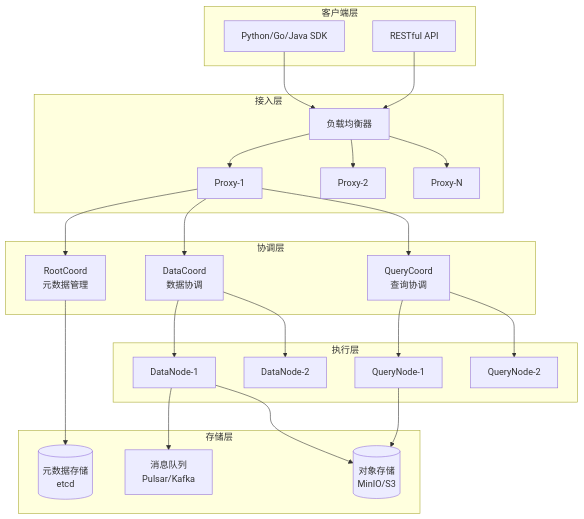
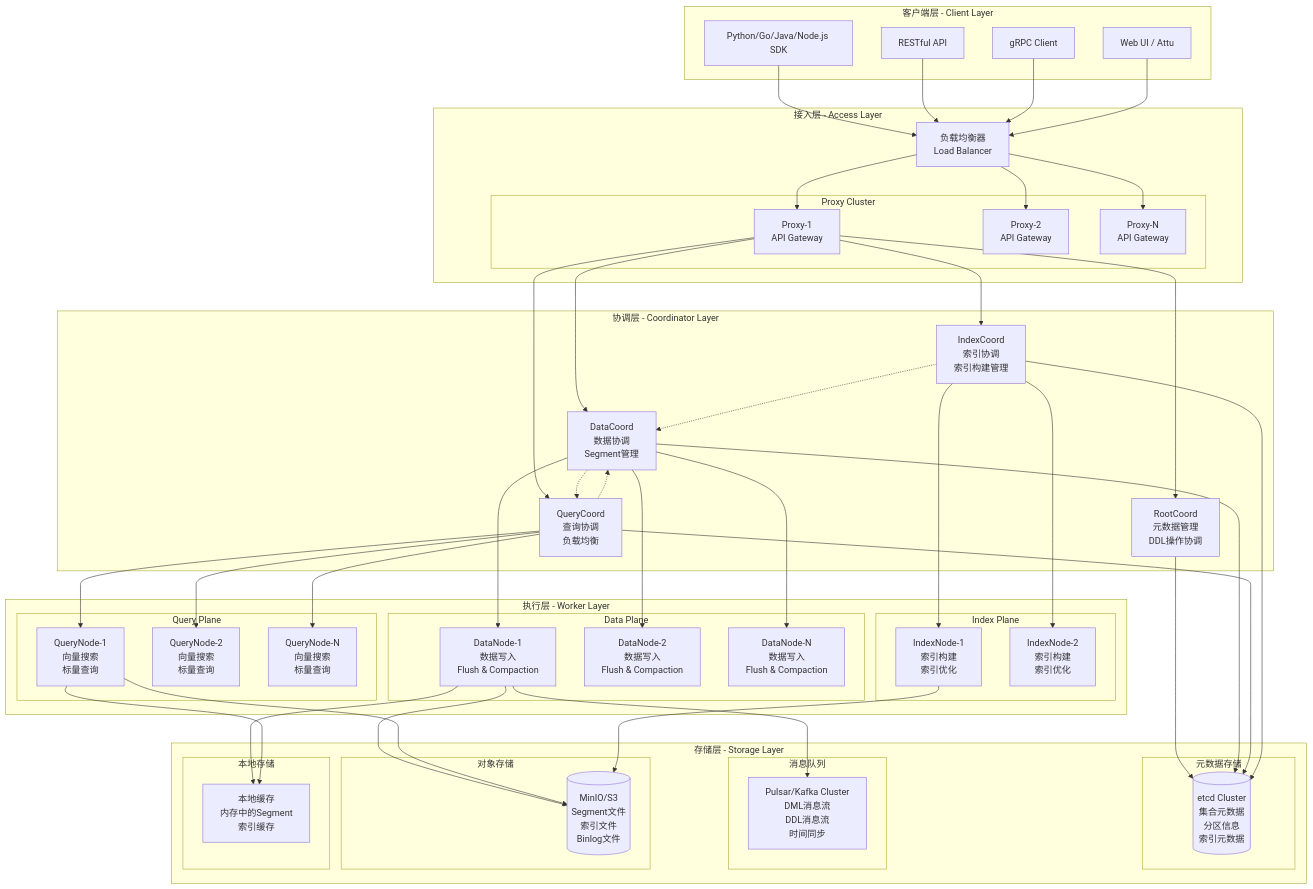
One commit to haoyunlt/myblog changed the fifth of 14 diagrams in content/posts/milvus-source-analysis.md. Above: the diagram before and after it, drawn with Mermaid. The commit also changed other lines of this file and 335 other files, not shown here.

````diff
--- a/content/posts/milvus-source-analysis.md
+++ b/content/posts/milvus-source-analysis.md
@@ -394,53 +1371,112 @@
 ```mermaid
 graph TB
-    subgraph "客户端层"
-        SDK[Python/Go/Java SDK]
+    subgraph "客户端层 - Client Layer"
+        SDK[Python/Go/Java/Node.js SDK]
         REST[RESTful API]
+        GRPC[gRPC Client]
+        WebUI[Web UI / Attu]
     end
     
-    subgraph "接入层"
-        LB[负载均衡器]
-        Proxy1[Proxy-1]
-        Proxy2[Proxy-2]
-        ProxyN[Proxy-N]
+    subgraph "接入层 - Access Layer"
+        LB[负载均衡器<br/>Load Balancer]
+        subgraph "Proxy Cluster"
+            Proxy1[Proxy-1<br/>API Gateway]
+            Proxy2[Proxy-2<br/>API Gateway]
+            ProxyN[Proxy-N<br/>API Gateway]
+        end
     end
     
-    subgraph "协调层"
-        RootCoord[RootCoord<br/>元数据管理]
-        DataCoord[DataCoord<br/>数据协调]
-        QueryCoord[QueryCoord<br/>查询协调]
+    subgraph "协调层 - Coordinator Layer"
+        RootCoord[RootCoord<br/>元数据管理<br/>DDL操作协调]
+        DataCoord[DataCoord<br/>数据协调<br/>Segment管理]
+        QueryCoord[QueryCoord<br/>查询协调<br/>负载均衡]
+        IndexCoord[IndexCoord<br/>索引协调<br/>索引构建管理]
     end
     
-    subgraph "执行层"
-        DataNode1[DataNode-1]
-        DataNode2[DataNode-2]
-        QueryNode1[QueryNode-1]
-        QueryNode2[QueryNode-2]
+    subgraph "执行层 - Worker Layer"
+        subgraph "Data Plane"
+            DataNode1[DataNode-1<br/>数据写入<br/>Flush & Compaction]
+            DataNode2[DataNode-2<br/>数据写入<br/>Flush & Compaction]
+            DataNodeN[DataNode-N<br/>数据写入<br/>Flush & Compaction]
+        end
+        
+        subgraph "Query Plane"
+            QueryNode1[QueryNode-1<br/>向量搜索<br/>标量查询]
+            QueryNode2[QueryNode-2<br/>向量搜索<br/>标量查询]
+            QueryNodeN[QueryNode-N<br/>向量搜索<br/>标量查询]
+        end
+        
+        subgraph "Index Plane"
+            IndexNode1[IndexNode-1<br/>索引构建<br/>索引优化]
+            IndexNode2[IndexNode-2<br/>索引构建<br/>索引优化]
+        end
     end
     
-    subgraph "存储层"
-        MetaStore[(元数据存储<br/>etcd)]
-        MsgQueue[消息队列<br/>Pulsar/Kafka]
-        ObjectStore[(对象存储<br/>MinIO/S3)]
+    subgraph "存储层 - Storage Layer"
+        subgraph "元数据存储"
+            MetaStore[(etcd Cluster<br/>集合元数据<br/>分区信息<br/>索引元数据)]
+        end
+        
+        subgraph "消息队列"
+            MsgQueue[Pulsar/Kafka Cluster<br/>DML消息流<br/>DDL消息流<br/>时间同步]
+        end
+        
+        subgraph "对象存储"
+            ObjectStore[(MinIO/S3<br/>Segment文件<br/>索引文件<br/>Binlog文件)]
+        end
+        
+        subgraph "本地存储"
+            LocalCache[本地缓存<br/>内存中的Segment<br/>索引缓存]
+        end
     end
     
+    %% 客户端到接入层连接
     SDK --> LB
     REST --> LB
+    GRPC --> LB
+    WebUI --> LB
+    
+    %% 负载均衡到Proxy
     LB --> Proxy1
     LB --> Proxy2
     LB --> ProxyN
     
+    %% Proxy到协调层
     Proxy1 --> RootCoord
     Proxy1 --> DataCoord
     Proxy1 --> QueryCoord
+    Proxy1 --> IndexCoord
     
-    RootCoord --> MetaStore
+    %% 协调层到执行层
     DataCoord --> DataNode1
     DataCoord --> DataNode2
+    DataCoord --> DataNodeN
+    
     QueryCoord --> QueryNode1
     QueryCoord --> QueryNode2
+    QueryCoord --> QueryNodeN
     
+    IndexCoord --> IndexNode1
+    IndexCoord --> IndexNode2
+    
+    %% 协调层到存储层
+    RootCoord --> MetaStore
+    DataCoord --> MetaStore
+    QueryCoord --> MetaStore
+    IndexCoord --> MetaStore
+    
+    %% 执行层到存储层
     DataNode1 --> MsgQueue
     DataNode1 --> ObjectStore
+    DataNode1 --> LocalCache
+    
     QueryNode1 --> ObjectStore
+    QueryNode1 --> LocalCache
+    
+    IndexNode1 --> ObjectStore
+    
+    %% 内部通信
+    DataCoord -.-> QueryCoord
+    QueryCoord -.-> DataCoord
+    IndexCoord -.-> DataCoord
 ```
````
